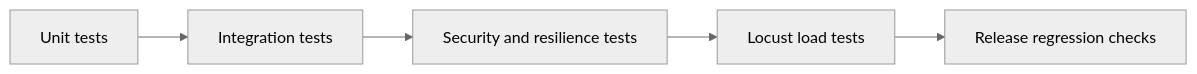
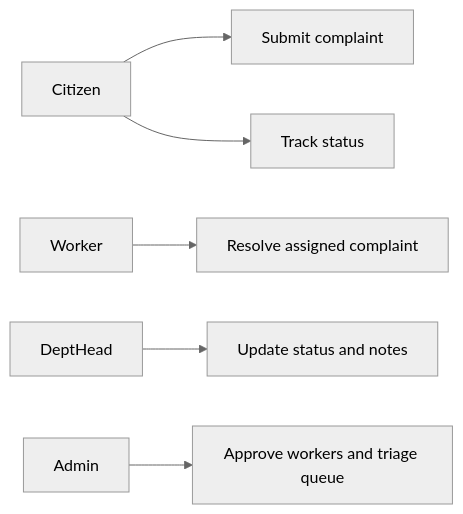
Before and after one commit to ark5234/Jan-Sunwai-AI: the fifth of 10 diagrams in docs/reports/PROJECT_REPORT.md, drawn with Mermaid (neutral theme). The commit also changed other lines of this file and 1 other file, not shown here.

````diff
--- a/docs/reports/PROJECT_REPORT.md
+++ b/docs/reports/PROJECT_REPORT.md
@@ -364,7 +405,8 @@
 ```mermaid
 flowchart LR
-    Unit[Unit tests] --> Integration[Integration tests]
-    Integration --> SecurityResilience[Security and resilience tests]
-    SecurityResilience --> Load[Locust load tests]
-    Load --> Regression[Release regression checks]
+    Citizen --> U1[Submit complaint]
+    Citizen --> U2[Track status]
+    Worker --> U3[Resolve assigned complaint]
+    DeptHead --> U4[Update status and notes]
+    Admin --> U5[Approve workers and triage queue]
 ```
````
